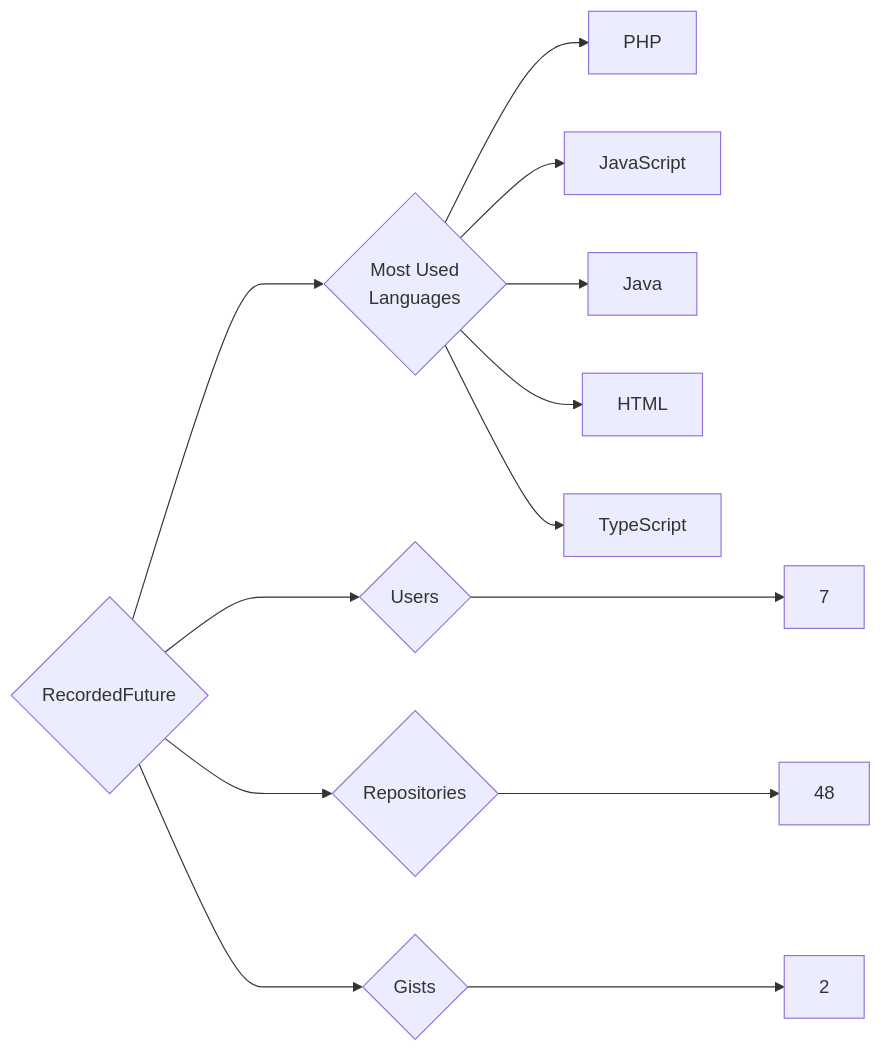
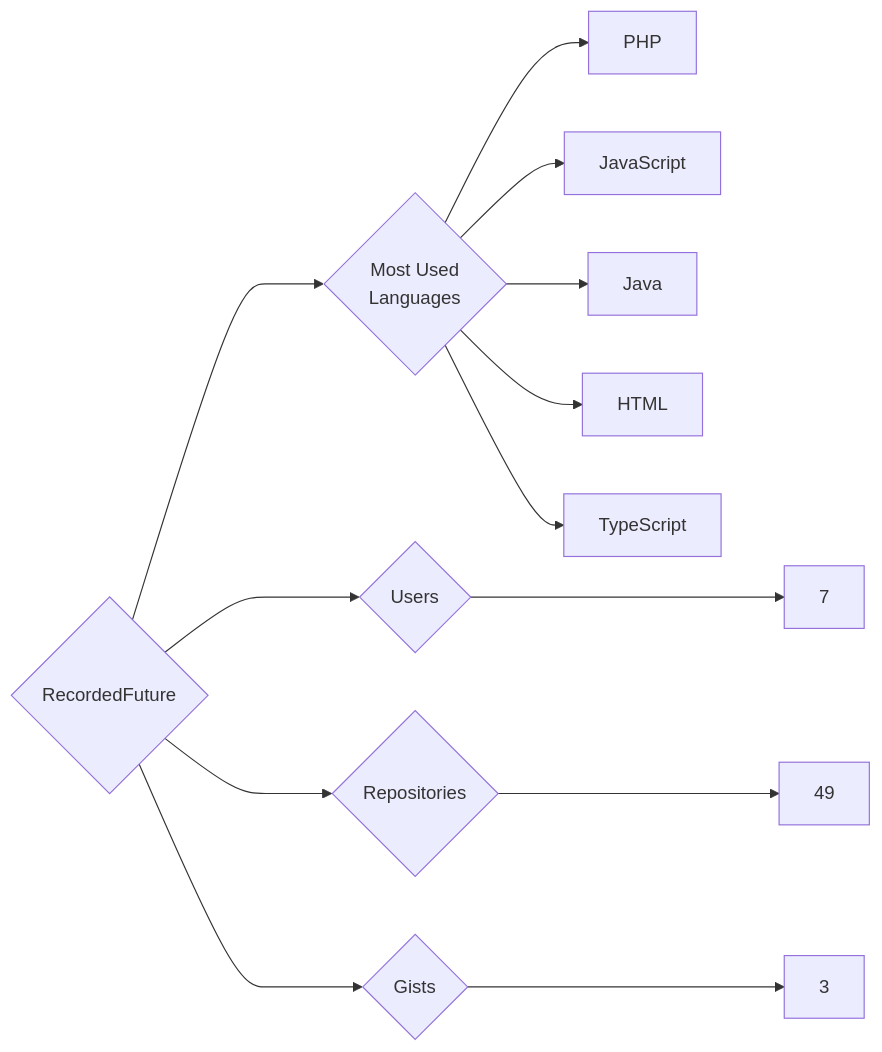
Before and after one commit to trickest/insiders: the diagram in targets/RecordedFuture/README.md, drawn with Mermaid. The commit also changed 1484 other files, not shown here.

````diff
--- a/targets/RecordedFuture/README.md
+++ b/targets/RecordedFuture/README.md
@@ -3,13 +3,13 @@
 ```mermaid
 graph LR
 COMPANY_NAME{RecordedFuture}
 COMPANY_NAME ---> U{Users} ---> UN[7]
-COMPANY_NAME ---> R{Repositories} ---> RN[48]
-COMPANY_NAME ---> G{Gists} ---> GN[2]
+COMPANY_NAME ---> R{Repositories} ---> RN[49]
+COMPANY_NAME ---> G{Gists} ---> GN[3]
 COMPANY_NAME ---> ML{Most Used<br>Languages}
 ML --> PHP[PHP]
 ML --> JavaScript[JavaScript]
 ML --> Java[Java]
 ML --> HTML[HTML]
 ML --> TypeScript[TypeScript]
 ```
````
